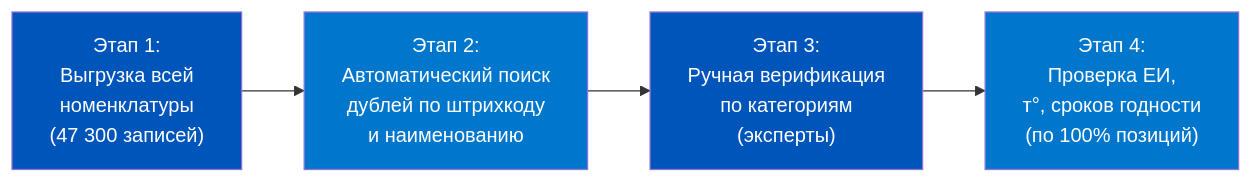
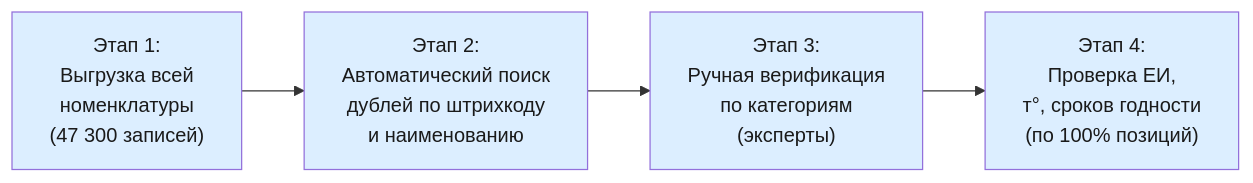
The third of 9 diagrams in content/1c-erp/week_2/Неделя 2 - День 7 - История грязных НСИ.md (murad1986/1c-erp-quartz), drawn with Mermaid before and after one commit. The commit also changed other lines of this file and 57 other files, not shown here.

First line of the commit message:
fix: Mermaid — пастельные цвета в источниках диаграмм (56 файлов)

````diff
--- a/content/1c-erp/week_2/Неделя 2 - День 7 - История грязных НСИ.md
+++ b/content/1c-erp/week_2/Неделя 2 - День 7 - История грязных НСИ.md
@@ -201,11 +201,11 @@
 ```mermaid
 graph LR
     A["Этап 1:<br/>Выгрузка всей<br/>номенклатуры<br/>(47 300 записей)"] --> B["Этап 2:<br/>Автоматический поиск<br/>дублей по штрихкоду<br/>и наименованию"]
     B --> C["Этап 3:<br/>Ручная верификация<br/>по категориям<br/>(эксперты)"]
     C --> D["Этап 4:<br/>Проверка ЕИ,<br/>т°, сроков годности<br/>(по 100% позиций)"]
 
-    style A fill:#0055BB,color:#fff
-    style B fill:#0077CC,color:#fff
-    style C fill:#0055BB,color:#fff
-    style D fill:#0077CC,color:#fff
+    style A fill:#dceeff,color:#1a1a1a
+    style B fill:#dceeff,color:#1a1a1a
+    style C fill:#dceeff,color:#1a1a1a
+    style D fill:#dceeff,color:#1a1a1a
 ```
````
